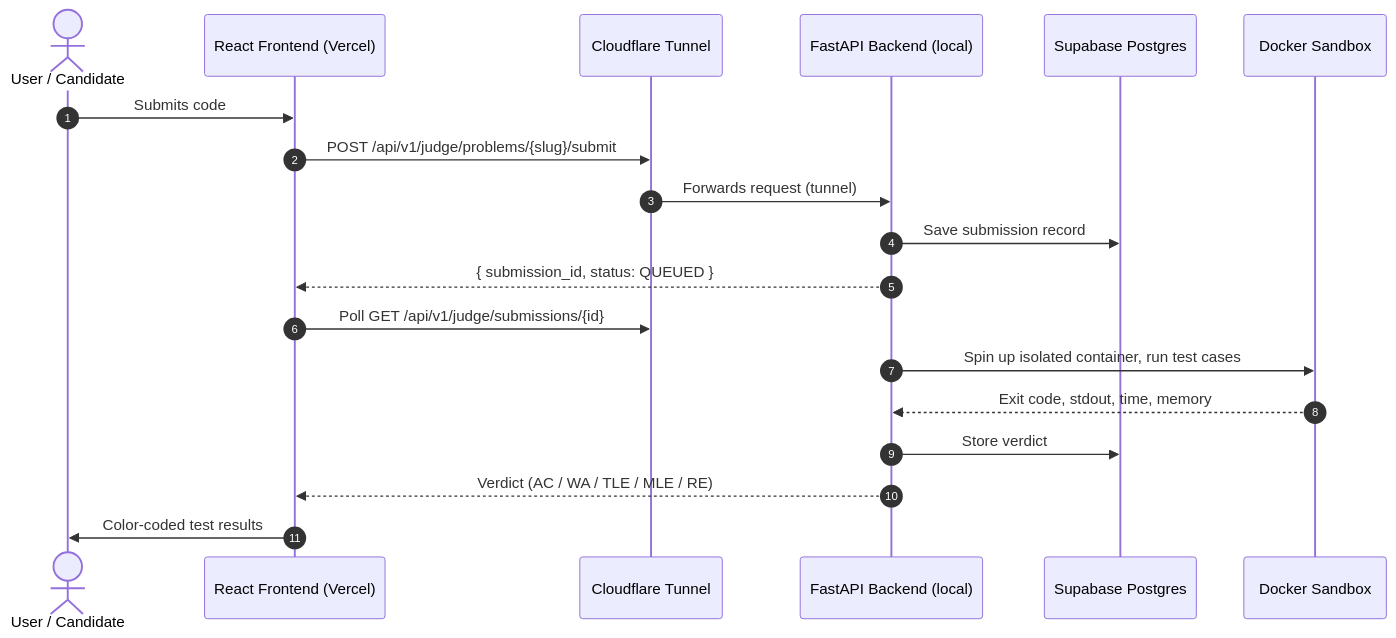
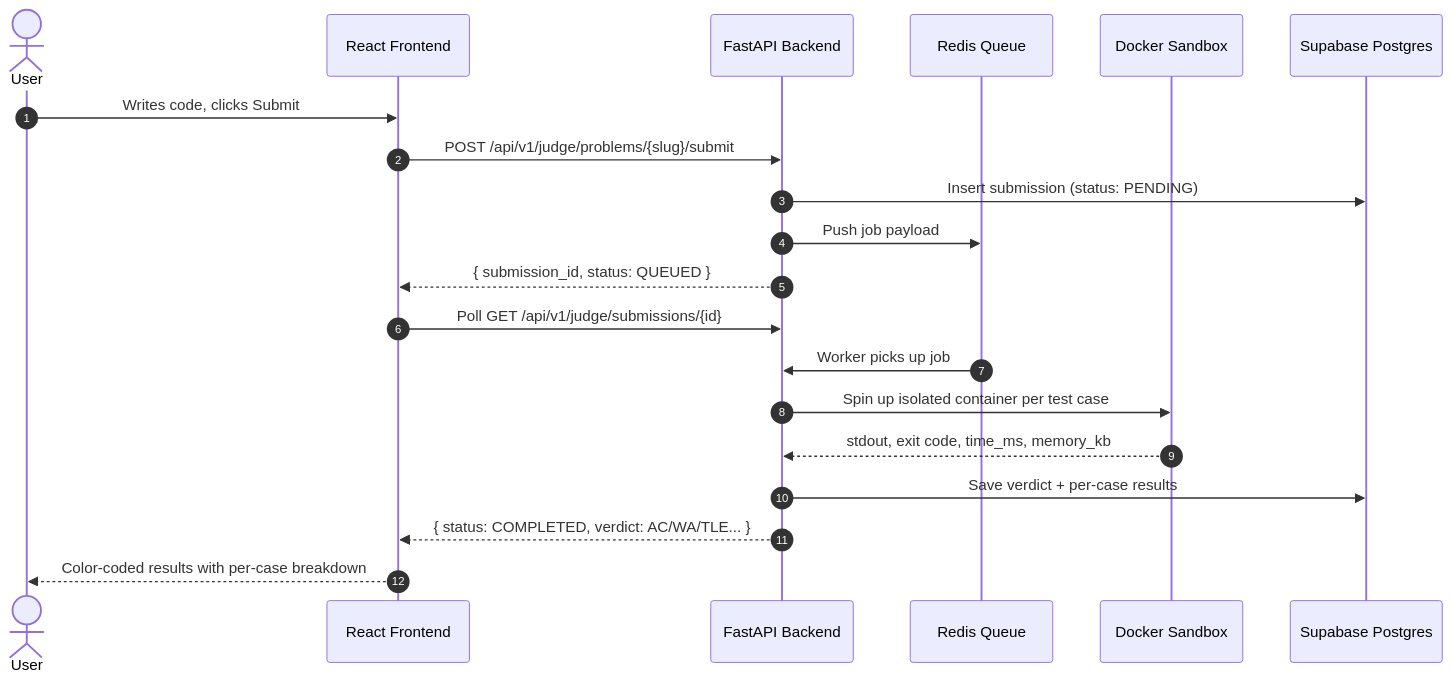
The first of 2 diagrams in README.md (kanna1951693/online-judge), drawn with Mermaid before and after one commit. The commit also changed other lines of this file and 6 other files, not shown here.

````diff
--- a/README.md
+++ b/README.md
@@ -40,23 +86,24 @@
 ```mermaid
 sequenceDiagram
     autonumber
-    actor User as User / Candidate
-    participant FE as React Frontend (Vercel)
-    participant CF as Cloudflare Tunnel
-    participant BE as FastAPI Backend (local)
+    actor User
+    participant FE as React Frontend
+    participant BE as FastAPI Backend
+    participant RQ as Redis Queue
+    participant DK as Docker Sandbox
     participant DB as Supabase Postgres
-    participant DK as Docker Sandbox
 
-    User->>FE: Submits code
-    FE->>CF: POST /api/v1/judge/problems/{slug}/submit
-    CF->>BE: Forwards request (tunnel)
-    BE->>DB: Save submission record
+    User->>FE: Writes code, clicks Submit
+    FE->>BE: POST /api/v1/judge/problems/{slug}/submit
+    BE->>DB: Insert submission (status: PENDING)
+    BE->>RQ: Push job payload
     BE-->>FE: { submission_id, status: QUEUED }
 
-    FE->>CF: Poll GET /api/v1/judge/submissions/{id}
-    BE->>DK: Spin up isolated container, run test cases
-    DK-->>BE: Exit code, stdout, time, memory
-    BE->>DB: Store verdict
-    BE-->>FE: Verdict (AC / WA / TLE / MLE / RE)
-    FE->>User: Color-coded test results
+    FE->>BE: Poll GET /api/v1/judge/submissions/{id}
+    RQ->>BE: Worker picks up job
+    BE->>DK: Spin up isolated container per test case
+    DK-->>BE: stdout, exit code, time_ms, memory_kb
+    BE->>DB: Save verdict + per-case results
+    BE-->>FE: { status: COMPLETED, verdict: AC/WA/TLE... }
+    FE-->>User: Color-coded results with per-case breakdown
 ```
````
